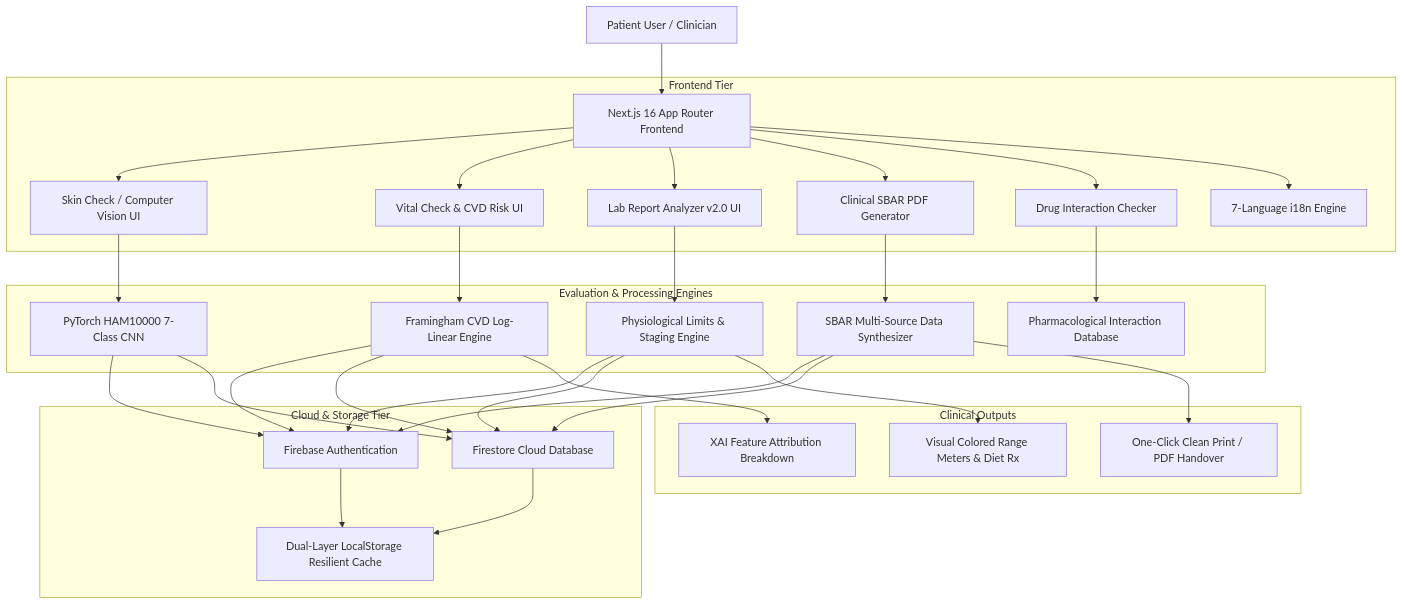
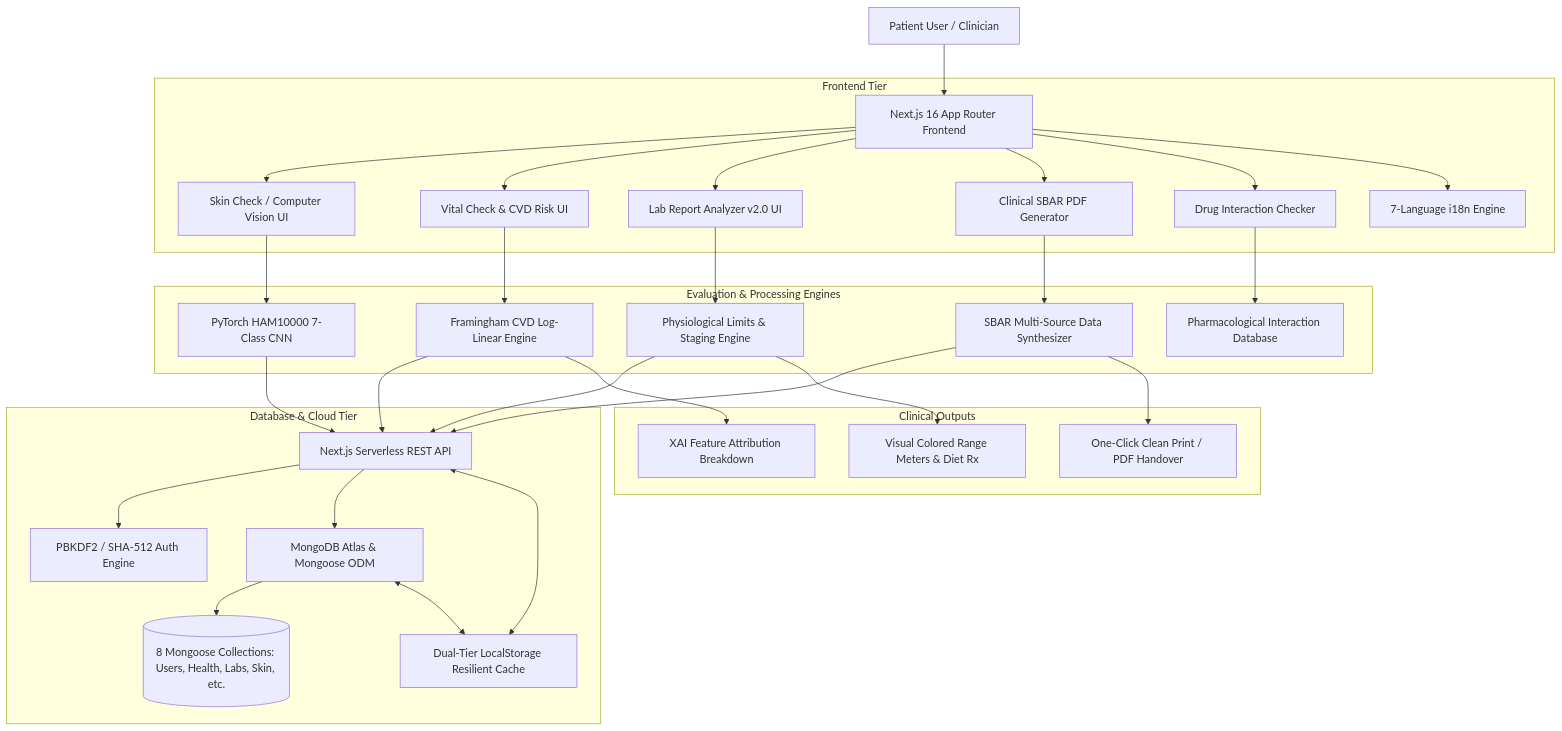
Before and after one commit to Pratyaksh5240/robodoctor-ai-advanced: the diagram in README.md, drawn with Mermaid. The commit also changed other lines of this file, not shown here.

Commit message:
docs: update system architecture diagram and tech stack to MongoDB and Mongoose

````diff
--- a/README.md
+++ b/README.md
@@ -67,33 +67,35 @@
 ```mermaid
 graph TD
     A[Patient User / Clinician] --> B[Next.js 16 App Router Frontend]
     
     subgraph Frontend Tier
         B --> C1[Skin Check / Computer Vision UI]
         B --> C2[Vital Check & CVD Risk UI]
         B --> C3[Lab Report Analyzer v2.0 UI]
         B --> C4[Clinical SBAR PDF Generator]
         B --> C5[Drug Interaction Checker]
         B --> C6[7-Language i18n Engine]
     end
 
     subgraph Evaluation & Processing Engines
         C1 --> D1[PyTorch HAM10000 7-Class CNN]
         C2 --> D2[Framingham CVD Log-Linear Engine]
         C3 --> D3[Physiological Limits & Staging Engine]
         C4 --> D4[SBAR Multi-Source Data Synthesizer]
         C5 --> D5[Pharmacological Interaction Database]
     end
 
-    subgraph Cloud & Storage Tier
-        D1 & D2 & D3 & D4 --> E1[Firebase Authentication]
-        D1 & D2 & D3 & D4 --> E2[Firestore Cloud Database]
-        E1 & E2 --> E3[Dual-Layer LocalStorage Resilient Cache]
+    subgraph Database & Cloud Tier
+        D1 & D2 & D3 & D4 --> E1[Next.js Serverless REST API]
+        E1 --> E2[PBKDF2 / SHA-512 Auth Engine]
+        E1 --> E3[MongoDB Atlas & Mongoose ODM]
+        E3 --> E4[(8 Mongoose Collections: Users, Health, Labs, Skin, etc.)]
+        E1 & E3 <--> E5[Dual-Tier LocalStorage Resilient Cache]
     end
 
     subgraph Clinical Outputs
         D4 --> F1[One-Click Clean Print / PDF Handover]
         D3 --> F2[Visual Colored Range Meters & Diet Rx]
         D2 --> F3[XAI Feature Attribution Breakdown]
     end
 ```
````
